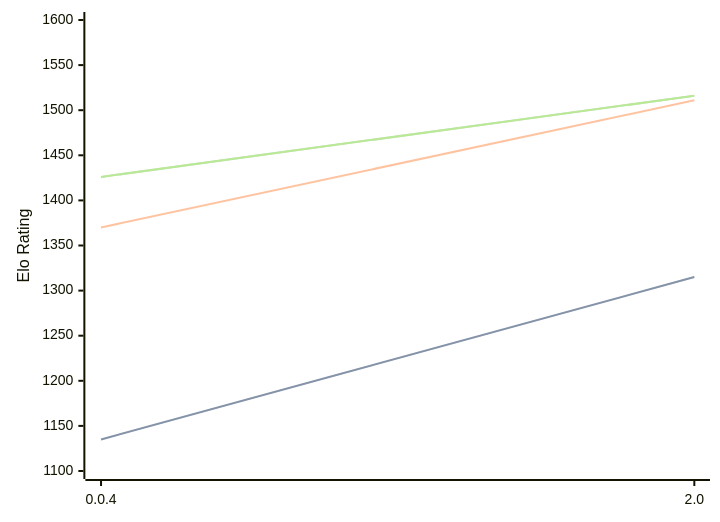
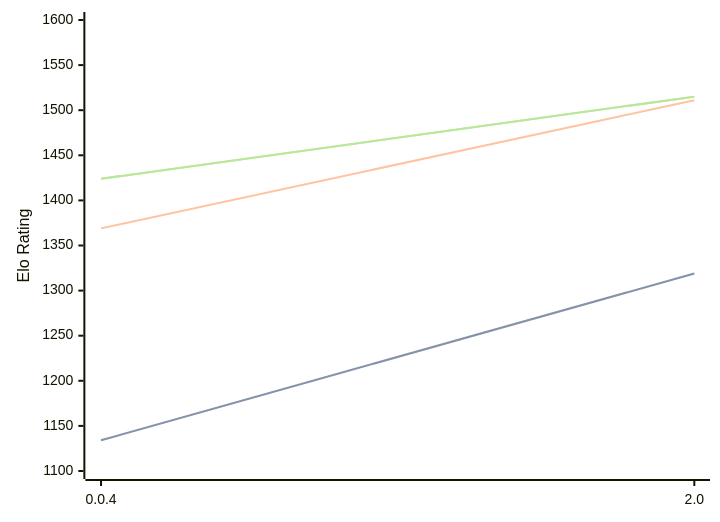
Before and after one commit to computer-chess-index/cci: the diagram in engines/Oops!Mate.md, drawn with Mermaid. The commit also changed other lines of this file, not shown here.

Commit message:
Update CCI Ratings (ELO VLTC) - 2026-03-04

````diff
--- a/engines/Oops!Mate.md
+++ b/engines/Oops!Mate.md
@@ -49,11 +49,11 @@
 ```mermaid
 %%{init: {"theme":"base","themeVariables":{"seriesColors:['#a3a3a3','#222221','#faa371']}}}%%
 xychart-beta
   x-axis ["0.0.4", "2.0"]
   y-axis "Elo Rating" 1100 --> 1600
-  line "STC (8.0+0.08s)" [1135, 1315]
-  line "STC (8.0+0.08s)" [1135, 1315]
-  line "LTC (60.0+0.60s)" [1370, 1511]
-  line "VLTC (2m24s+1.12s)" [1426, 1516]
-  line "VLTC (2m24s+1.12s)" [1426, 1516]
+  line "STC (8.0+0.08s)" [1134, 1319]
+  line "STC (8.0+0.08s)" [1134, 1319]
+  line "LTC (60.0+0.60s)" [1369, 1511]
+  line "VLTC (2m24s+1.12s)" [1424, 1515]
+  line "VLTC (2m24s+1.12s)" [1424, 1515]
 ```
````
